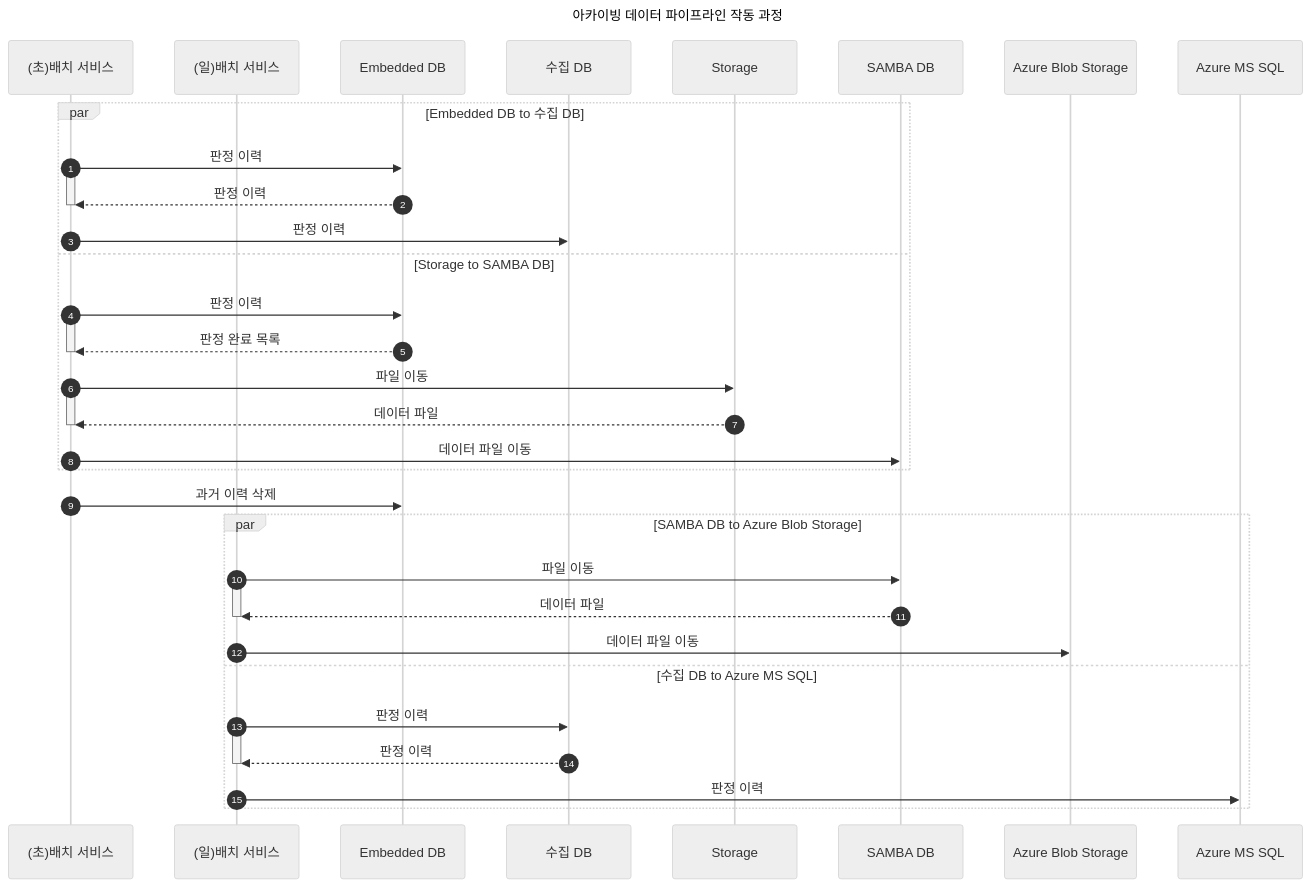
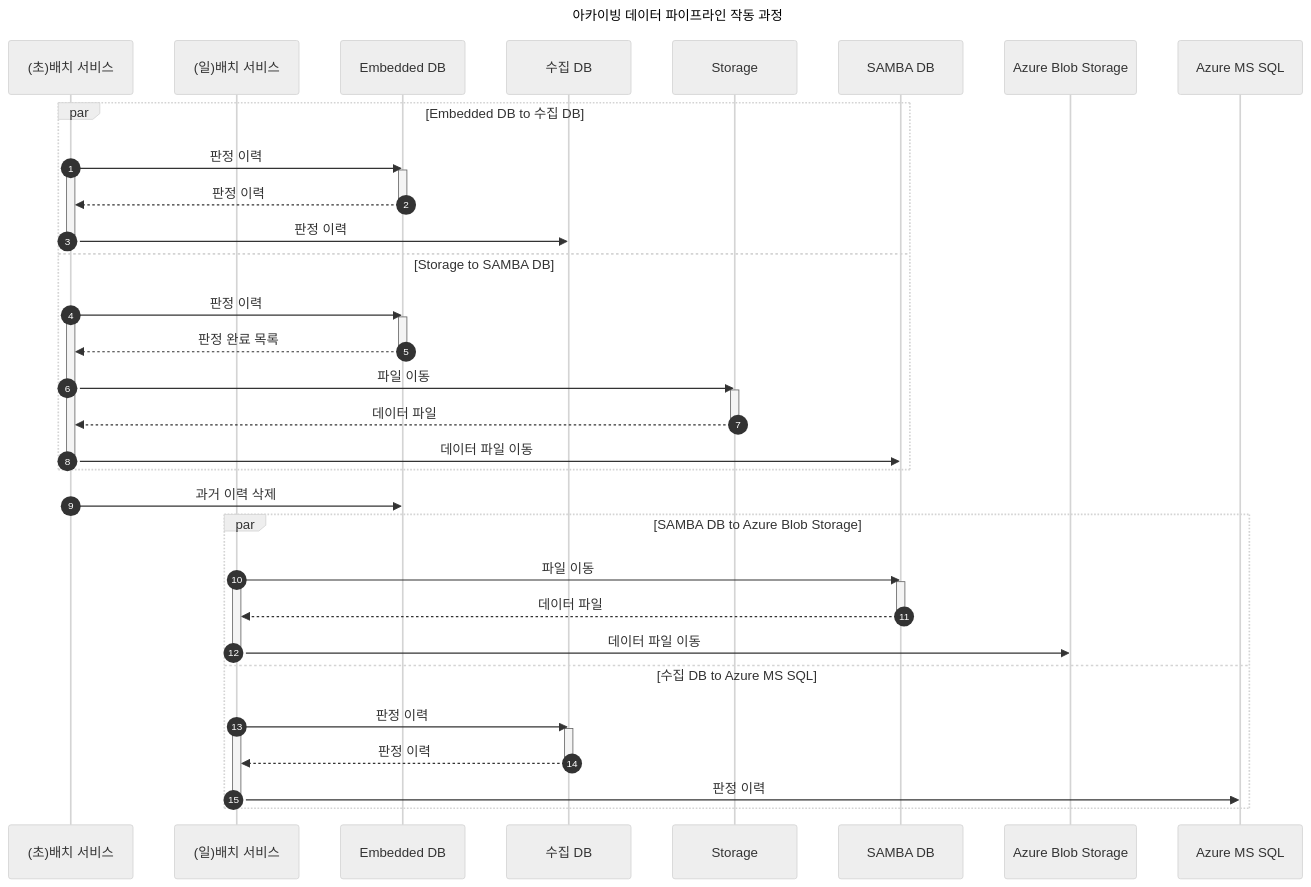
Before and after one commit to djccnt15/djccnt15.github.io: the fourth of 4 diagrams in docs/portfolio/on-device-ai.md, drawn with Mermaid. The commit also changed other lines of this file and 2 other files, not shown here.

Commit message:
fix mermaid diagrams

````diff
--- a/docs/portfolio/on-device-ai.md
+++ b/docs/portfolio/on-device-ai.md
@@ -167,43 +171,51 @@
 ```mermaid
 ---
 title: 아카이빙 데이터 파이프라인 작동 과정
 config:
     theme: 'neutral'
 ---
 sequenceDiagram
     autonumber
     participant SecBatch as (초)배치 서비스
     participant DayBatch as (일)배치 서비스
     
     par Embedded DB to 수집 DB
         SecBatch ->> Embedded DB : 판정 이력
         activate SecBatch
+        activate Embedded DB
         Embedded DB -->> SecBatch : 판정 이력
+        deactivate Embedded DB
+        SecBatch ->> 수집 DB : 판정 이력
         deactivate SecBatch
-        SecBatch ->> 수집 DB : 판정 이력
     and Storage to SAMBA DB
         SecBatch ->> Embedded DB : 판정 이력
         activate SecBatch
+        activate Embedded DB
         Embedded DB -->> SecBatch : 판정 완료 목록
+        deactivate Embedded DB
+        SecBatch ->> Storage : 파일 이동
+        activate Storage
+        Storage -->> SecBatch : 데이터 파일
+        deactivate Storage
+        SecBatch ->> SAMBA DB : 데이터 파일 이동
         deactivate SecBatch
-        SecBatch ->> Storage : 파일 이동
-        activate SecBatch
-        Storage -->> SecBatch : 데이터 파일
-        deactivate SecBatch
-        SecBatch ->> SAMBA DB : 데이터 파일 이동
     end
     SecBatch ->> Embedded DB : 과거 이력 삭제
     par SAMBA DB to Azure Blob Storage
         DayBatch ->> SAMBA DB : 파일 이동
         activate DayBatch
+        activate SAMBA DB
         SAMBA DB -->> DayBatch : 데이터 파일
+        deactivate SAMBA DB
+        DayBatch ->> Azure Blob Storage : 데이터 파일 이동
         deactivate DayBatch
-        DayBatch ->> Azure Blob Storage : 데이터 파일 이동
     and 수집 DB to Azure MS SQL
         DayBatch ->> 수집 DB : 판정 이력
         activate DayBatch
+        activate 수집 DB
         수집 DB -->> DayBatch : 판정 이력
+        deactivate 수집 DB
+        DayBatch ->> Azure MS SQL : 판정 이력
         deactivate DayBatch
-        DayBatch ->> Azure MS SQL : 판정 이력
     end
 ```
````
